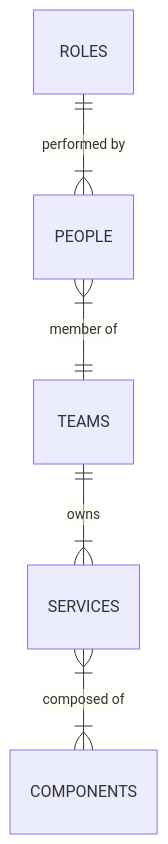
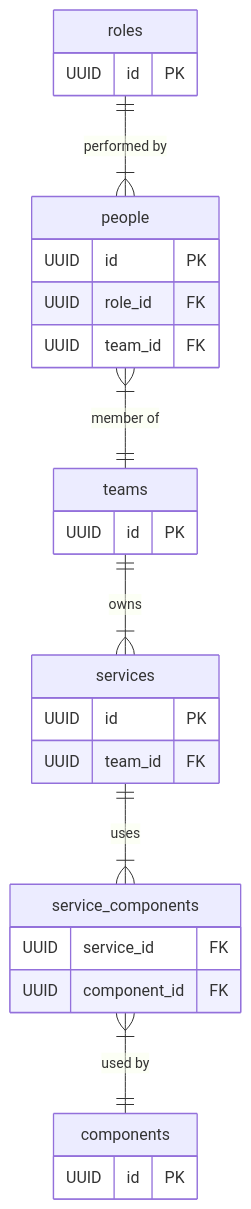
One commit to matthew-shaw/conflux changed the third of 3 diagrams in README.md. Above: the diagram before and after it, drawn with Mermaid.

Commit message:
keys and join table

````diff
--- a/README.md
+++ b/README.md
@@ -123,7 +123,36 @@
 ```mermaid
 erDiagram
-    ROLES ||--|{ PEOPLE : "performed by"
-    PEOPLE }|--|| TEAMS : "member of"
-    TEAMS ||--|{ SERVICES : owns
-    SERVICES }|--|{ COMPONENTS : "composed of"
+    roles {
+        UUID id PK
+    }
+
+    people {
+        UUID id PK
+        UUID role_id FK
+        UUID team_id FK
+    }
+
+    teams {
+        UUID id PK
+    }
+
+    services {
+        UUID id PK
+        UUID team_id FK
+    }
+
+    components {
+        UUID id PK
+    }
+
+    service_components {
+        UUID service_id FK
+        UUID component_id FK
+    }
+
+    roles ||--|{ people : "performed by"
+    people }|--|| teams : "member of"
+    teams ||--|{ services : owns
+    services ||--|{ service_components : uses
+    service_components }|--|| components : "used by"
 ```
````
